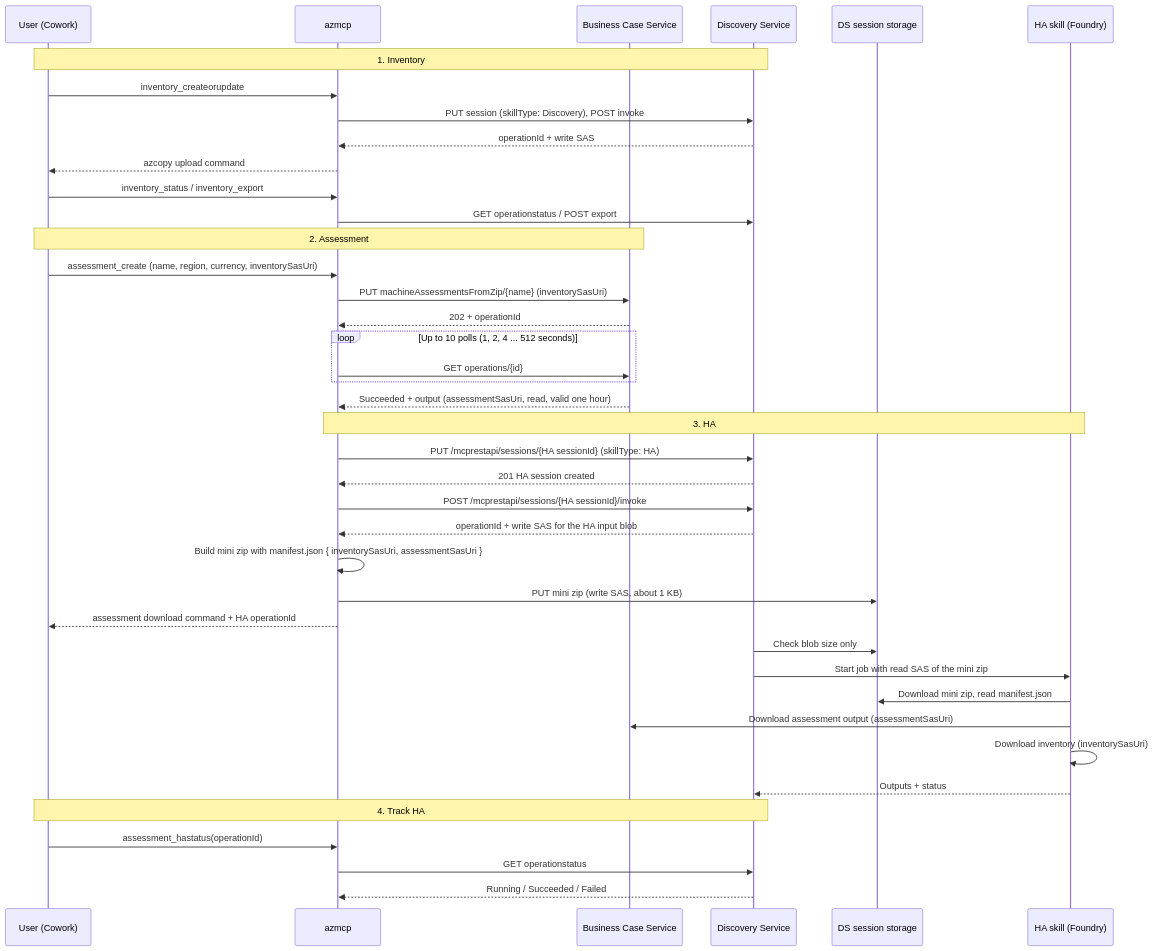
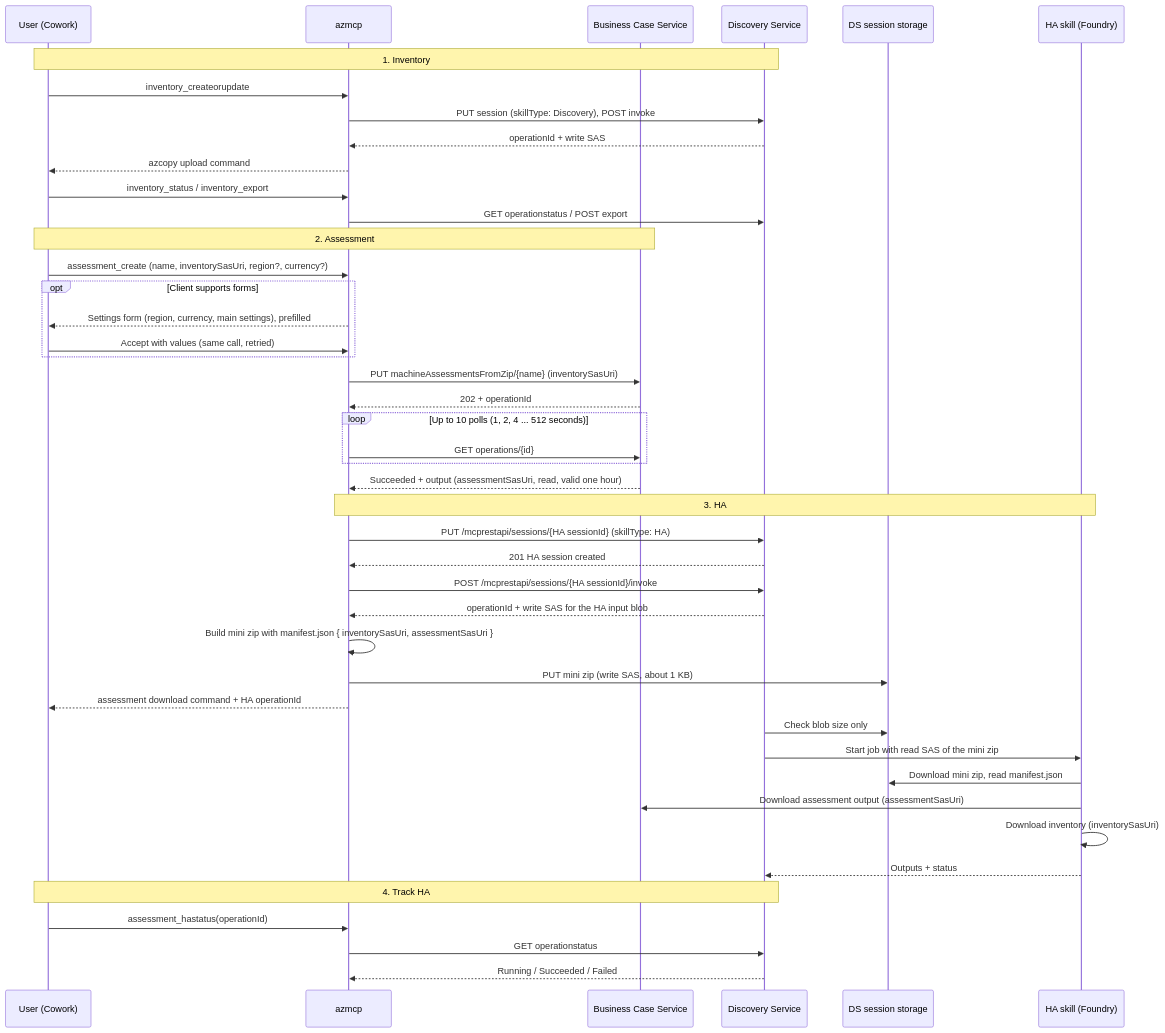
One commit to microsoft/mcp changed the diagram in tools/Azure.Mcp.Tools.AzureMigrate/docs/inventory-assessment-ha-plan.md. Above: the diagram before and after it, drawn with Mermaid. The commit also changed other lines of this file and 14 other files, not shown here.

First line of the commit message:
Ask for assessment settings with an elicitation form

````diff
--- a/tools/Azure.Mcp.Tools.AzureMigrate/docs/inventory-assessment-ha-plan.md
+++ b/tools/Azure.Mcp.Tools.AzureMigrate/docs/inventory-assessment-ha-plan.md
@@ -34,46 +34,50 @@
 ```mermaid
 sequenceDiagram
     participant U as User (Cowork)
     participant M as azmcp
     participant BC as Business Case Service
     participant DS as Discovery Service
     participant ST as DS session storage
     participant HA as HA skill (Foundry)
 
     Note over U,DS: 1. Inventory
     U->>M: inventory_createorupdate
     M->>DS: PUT session (skillType: Discovery), POST invoke
     DS-->>M: operationId + write SAS
     M-->>U: azcopy upload command
     U->>M: inventory_status / inventory_export
     M->>DS: GET operationstatus / POST export
 
     Note over U,BC: 2. Assessment
-    U->>M: assessment_create (name, region, currency, inventorySasUri)
+    U->>M: assessment_create (name, inventorySasUri, region?, currency?)
+    opt Client supports forms
+        M-->>U: Settings form (region, currency, main settings), prefilled
+        U->>M: Accept with values (same call, retried)
+    end
     M->>BC: PUT machineAssessmentsFromZip/{name} (inventorySasUri)
     BC-->>M: 202 + operationId
     loop Up to 10 polls (1, 2, 4 ... 512 seconds)
         M->>BC: GET operations/{id}
     end
     BC-->>M: Succeeded + output (assessmentSasUri, read, valid one hour)
 
     Note over M,HA: 3. HA
     M->>DS: PUT /mcprestapi/sessions/{HA sessionId} (skillType: HA)
     DS-->>M: 201 HA session created
     M->>DS: POST /mcprestapi/sessions/{HA sessionId}/invoke
     DS-->>M: operationId + write SAS for the HA input blob
     M->>M: Build mini zip with manifest.json { inventorySasUri, assessmentSasUri }
     M->>ST: PUT mini zip (write SAS, about 1 KB)
     M-->>U: assessment download command + HA operationId
     DS->>ST: Check blob size only
     DS->>HA: Start job with read SAS of the mini zip
     HA->>ST: Download mini zip, read manifest.json
     HA->>BC: Download assessment output (assessmentSasUri)
     HA->>HA: Download inventory (inventorySasUri)
     HA-->>DS: Outputs + status
 
     Note over U,DS: 4. Track HA
     U->>M: assessment_hastatus(operationId)
     M->>DS: GET operationstatus
     DS-->>M: Running / Succeeded / Failed
 ```
````
